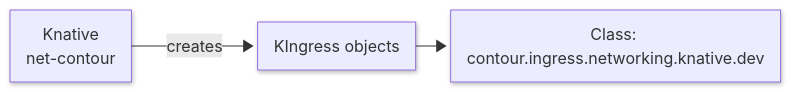
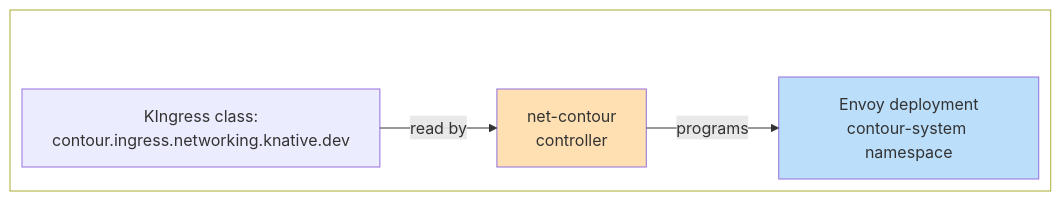
One commit to knative/docs changed the fourth of 8 diagrams in docs/versioned/serving/config-network-adapters.md. Above: the diagram before and after it, drawn with Mermaid. The commit also changed other lines of this file, not shown here.

````diff
--- a/docs/versioned/serving/config-network-adapters.md
+++ b/docs/versioned/serving/config-network-adapters.md
@@ -70,11 +95,20 @@
     ```mermaid
     ---
     config:
+      layout: elk
       theme: default
-      layout: elk
-      look: neo
     ---
     flowchart LR
-    C1["Knative<br>net-contour"] -- creates --> C2["KIngress&nbsp;objects"]
-    C2 --> C3["Class: contour.ingress.networking.knative.dev"]
+     subgraph bottom[" "]
+        direction LR
+            envoy["Envoy deployment<br>contour-system namespace"]
+            kourier["net-contour<br>controller"]
+            kingress2["KIngress class:<br>contour.ingress.networking.knative.dev"]
+      end
+        kingress2 -- read by --> kourier
+        kourier -- programs --> envoy
+    
+        style envoy fill:#BBDEFB
+        style kourier fill:#FFE0B2
+        style bottom fill:transparent
     ```
````
